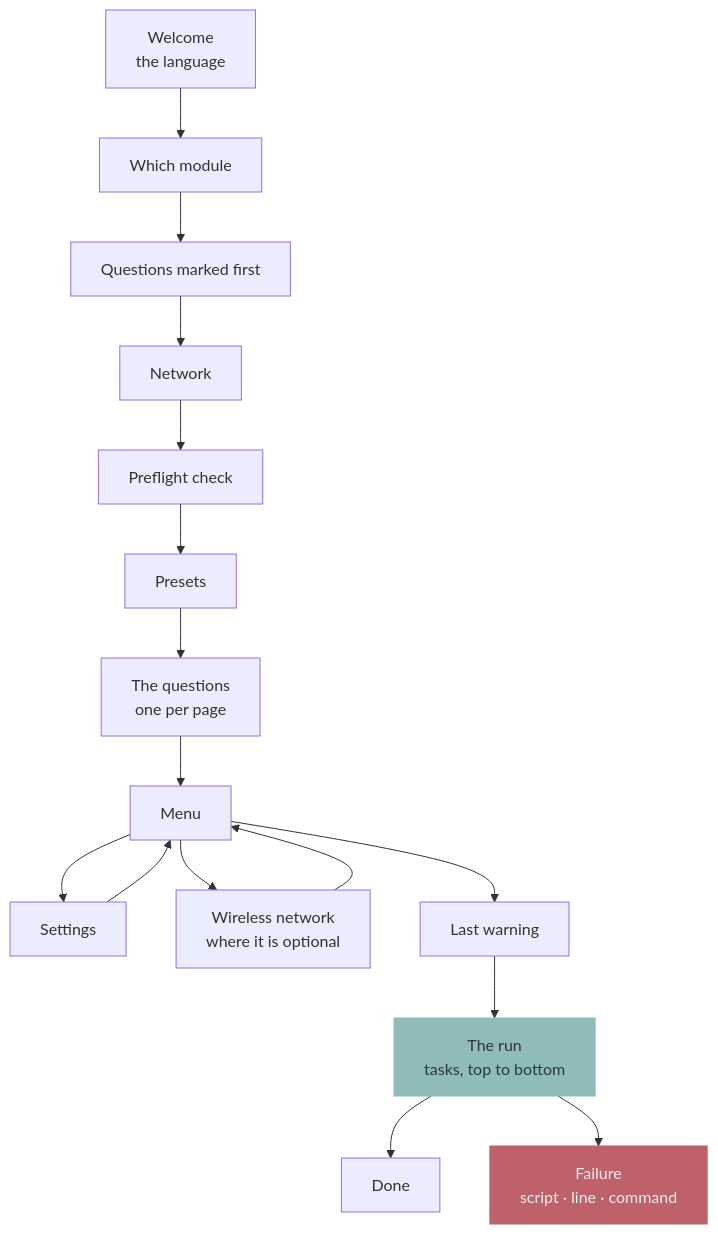
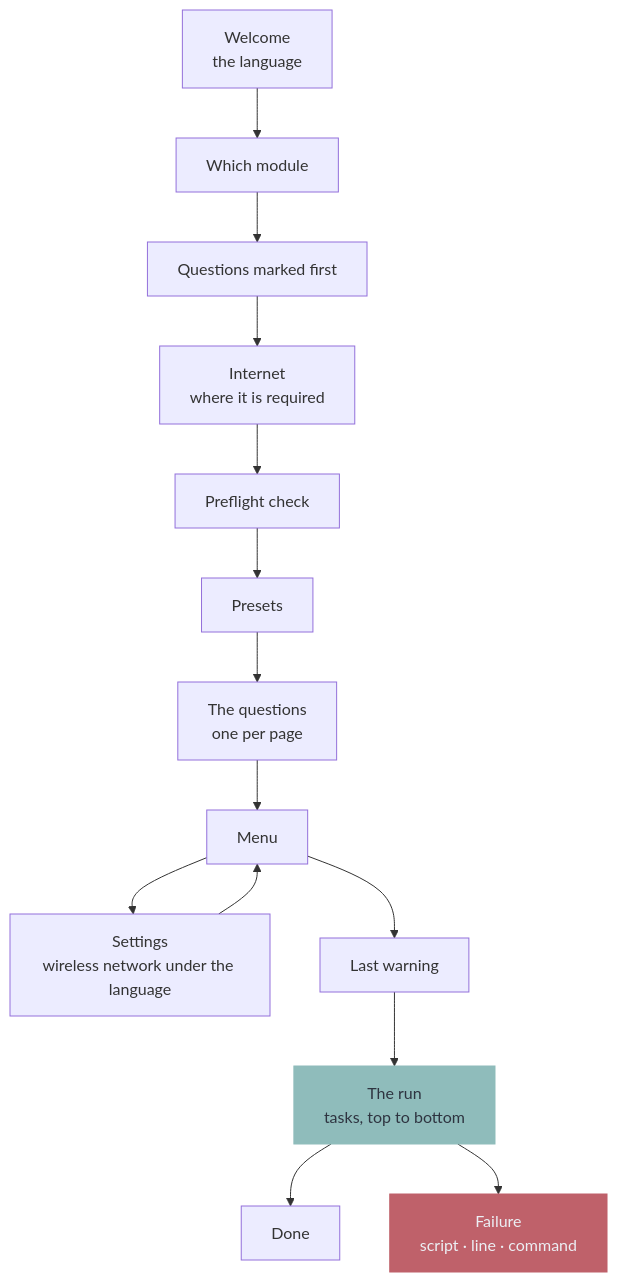
One commit to murkl/oak changed the second of 3 diagrams in docs/README.md. Above: the diagram before and after it, drawn with Mermaid. The commit also changed 18 other files, not shown here.

````diff
--- a/docs/README.md
+++ b/docs/README.md
@@ -76,15 +76,14 @@
 ```mermaid
 flowchart TD
     L["Welcome<br/>the language"] --> W["Which module"] --> Q1["Questions marked first"]
-    Q1 --> N["Network"] --> P["Preflight check"] --> PR["Presets"]
+    Q1 --> N["Internet<br/>where it is required"] --> P["Preflight check"] --> PR["Presets"]
     PR --> Q["The questions<br/>one per page"]
     Q --> H["Menu"]
-    H --> SE["Settings"] --> H
-    H --> NW["Wireless network<br/>where it is optional"] --> H
+    H --> SE["Settings<br/>wireless network under the language"] --> H
     H --> CF["Last warning"] --> R["The run<br/>tasks, top to bottom"]
     R --> OK["Done"]
     R --> ER["Failure<br/>script · line · command"]
 
     style ER fill:#bf616a,stroke:#bf616a,color:#eceff4
     style R fill:#8fbcbb,stroke:#8fbcbb,color:#2e3440
 ```
````
